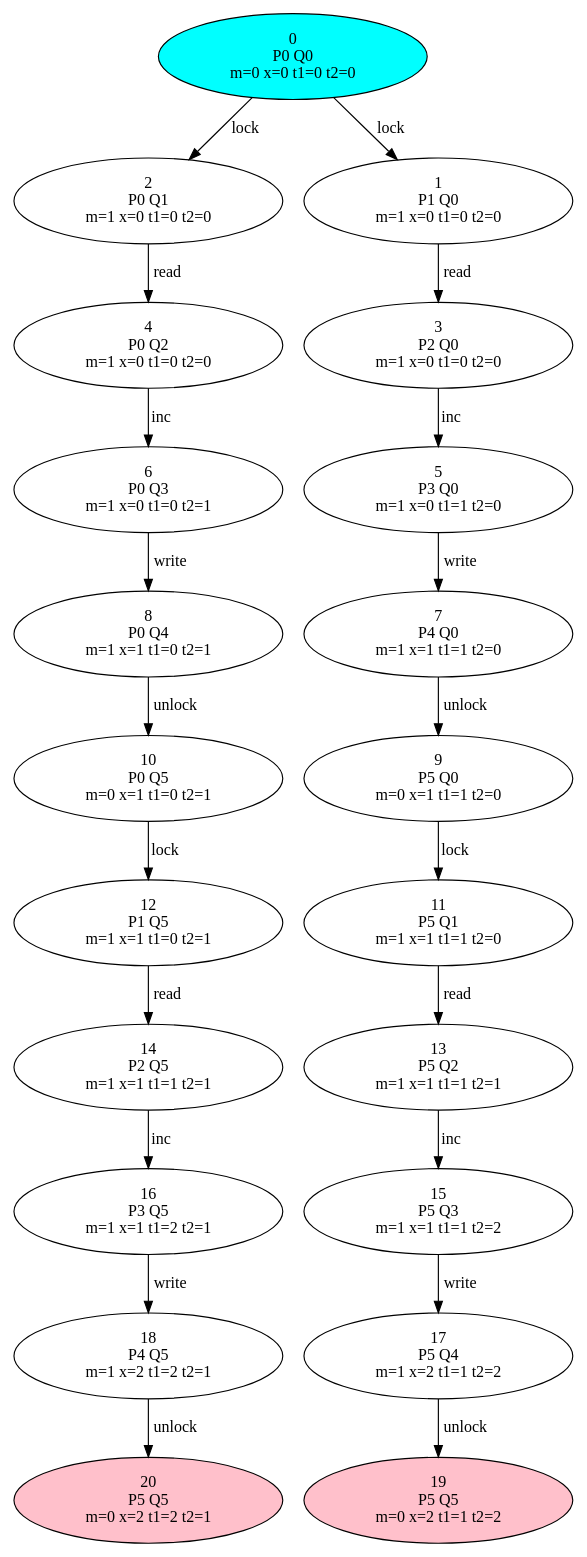
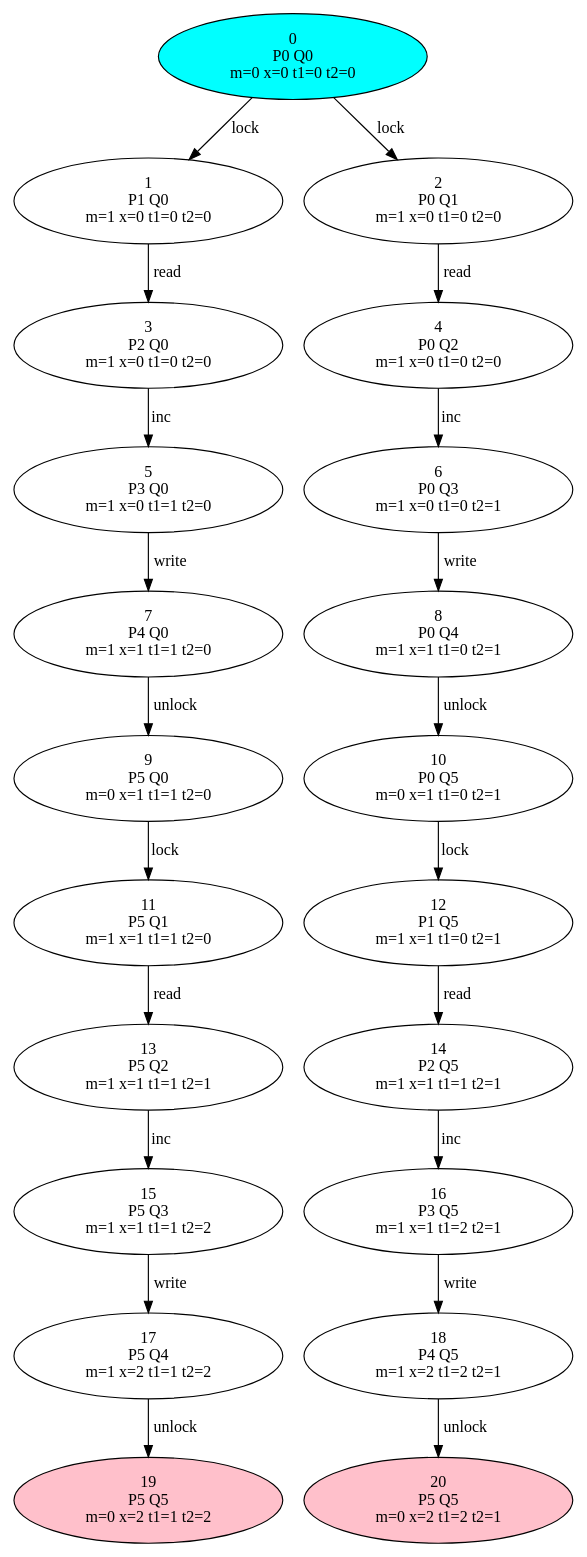
Before and after one commit to ryosukeeeee/ddsv: the diagram in examples/m_inc2_1.dot, drawn with Graphviz. The commit also changed other lines of this file and 7 other files, not shown here.

```diff
--- a/examples/m_inc2_1.dot
+++ b/examples/m_inc2_1.dot
@@ -1,43 +1,43 @@
 digraph{
-15 [label="15\nP5 Q3 \nm=1 x=1 t1=1 t2=2",];
-17 [label="17\nP5 Q4 \nm=1 x=2 t1=1 t2=2",];
 18 [label="18\nP4 Q5 \nm=1 x=2 t1=2 t2=1",];
+16 [label="16\nP3 Q5 \nm=1 x=1 t1=2 t2=1",];
+4 [label="4\nP0 Q2 \nm=1 x=0 t1=0 t2=0",];
+12 [label="12\nP1 Q5 \nm=1 x=1 t1=0 t2=1",];
 9 [label="9\nP5 Q0 \nm=0 x=1 t1=1 t2=0",];
-19 [label="19\nP5 Q5 \nm=0 x=2 t1=1 t2=2",style=filled,fillcolor=pink];
-7 [label="7\nP4 Q0 \nm=1 x=1 t1=1 t2=0",];
-0 [label="0\nP0 Q0 \nm=0 x=0 t1=0 t2=0",style=filled,fillcolor=cyan];
-8 [label="8\nP0 Q4 \nm=1 x=1 t1=0 t2=1",];
-3 [label="3\nP2 Q0 \nm=1 x=0 t1=0 t2=0",];
-4 [label="4\nP0 Q2 \nm=1 x=0 t1=0 t2=0",];
-2 [label="2\nP0 Q1 \nm=1 x=0 t1=0 t2=0",];
-5 [label="5\nP3 Q0 \nm=1 x=0 t1=1 t2=0",];
-16 [label="16\nP3 Q5 \nm=1 x=1 t1=2 t2=1",];
 20 [label="20\nP5 Q5 \nm=0 x=2 t1=2 t2=1",style=filled,fillcolor=pink];
 1 [label="1\nP1 Q0 \nm=1 x=0 t1=0 t2=0",];
 11 [label="11\nP5 Q1 \nm=1 x=1 t1=1 t2=0",];
+14 [label="14\nP2 Q5 \nm=1 x=1 t1=1 t2=1",];
+2 [label="2\nP0 Q1 \nm=1 x=0 t1=0 t2=0",];
+5 [label="5\nP3 Q0 \nm=1 x=0 t1=1 t2=0",];
+13 [label="13\nP5 Q2 \nm=1 x=1 t1=1 t2=1",];
+7 [label="7\nP4 Q0 \nm=1 x=1 t1=1 t2=0",];
+8 [label="8\nP0 Q4 \nm=1 x=1 t1=0 t2=1",];
+15 [label="15\nP5 Q3 \nm=1 x=1 t1=1 t2=2",];
+17 [label="17\nP5 Q4 \nm=1 x=2 t1=1 t2=2",];
+3 [label="3\nP2 Q0 \nm=1 x=0 t1=0 t2=0",];
+19 [label="19\nP5 Q5 \nm=0 x=2 t1=1 t2=2",style=filled,fillcolor=pink];
+10 [label="10\nP0 Q5 \nm=0 x=1 t1=0 t2=1",];
+0 [label="0\nP0 Q0 \nm=0 x=0 t1=0 t2=0",style=filled,fillcolor=cyan];
 6 [label="6\nP0 Q3 \nm=1 x=0 t1=0 t2=1",];
-10 [label="10\nP0 Q5 \nm=0 x=1 t1=0 t2=1",];
-13 [label="13\nP5 Q2 \nm=1 x=1 t1=1 t2=1",];
-14 [label="14\nP2 Q5 \nm=1 x=1 t1=1 t2=1",];
-12 [label="12\nP1 Q5 \nm=1 x=1 t1=0 t2=1",];
+18 -> 20 [label="unlock"];
+16 -> 18 [label="write"];
+4 -> 6 [label="inc"];
+12 -> 14 [label="read"];
+9 -> 11 [label="lock"];
+1 -> 3 [label="read"];
+11 -> 13 [label="read"];
+14 -> 16 [label="inc"];
+2 -> 4 [label="read"];
+5 -> 7 [label="write"];
+13 -> 15 [label="inc"];
+7 -> 9 [label="unlock"];
+8 -> 10 [label="unlock"];
 15 -> 17 [label="write"];
 17 -> 19 [label="unlock"];
-18 -> 20 [label="unlock"];
-9 -> 11 [label="lock"];
-7 -> 9 [label="unlock"];
+3 -> 5 [label="inc"];
+10 -> 12 [label="lock"];
 0 -> 1 [label="lock"];
 0 -> 2 [label="lock"];
-8 -> 10 [label="unlock"];
-3 -> 5 [label="inc"];
-4 -> 6 [label="inc"];
-2 -> 4 [label="read"];
-5 -> 7 [label="write"];
-16 -> 18 [label="write"];
-1 -> 3 [label="read"];
-11 -> 13 [label="read"];
 6 -> 8 [label="write"];
-10 -> 12 [label="lock"];
-13 -> 15 [label="inc"];
-14 -> 16 [label="inc"];
-12 -> 14 [label="read"];
 }
```
